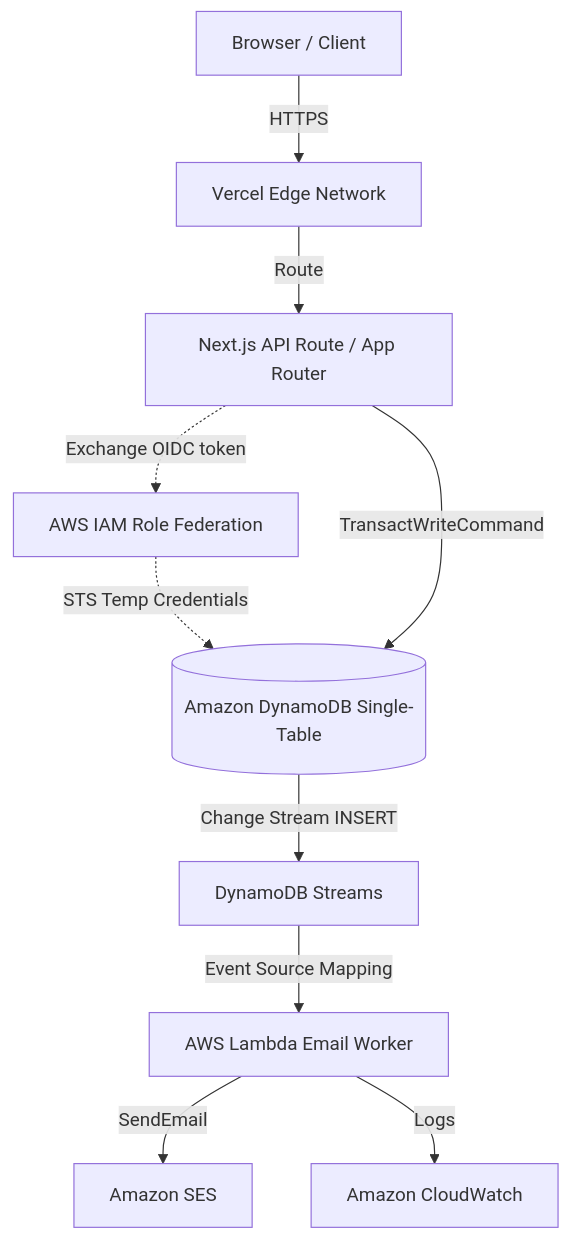
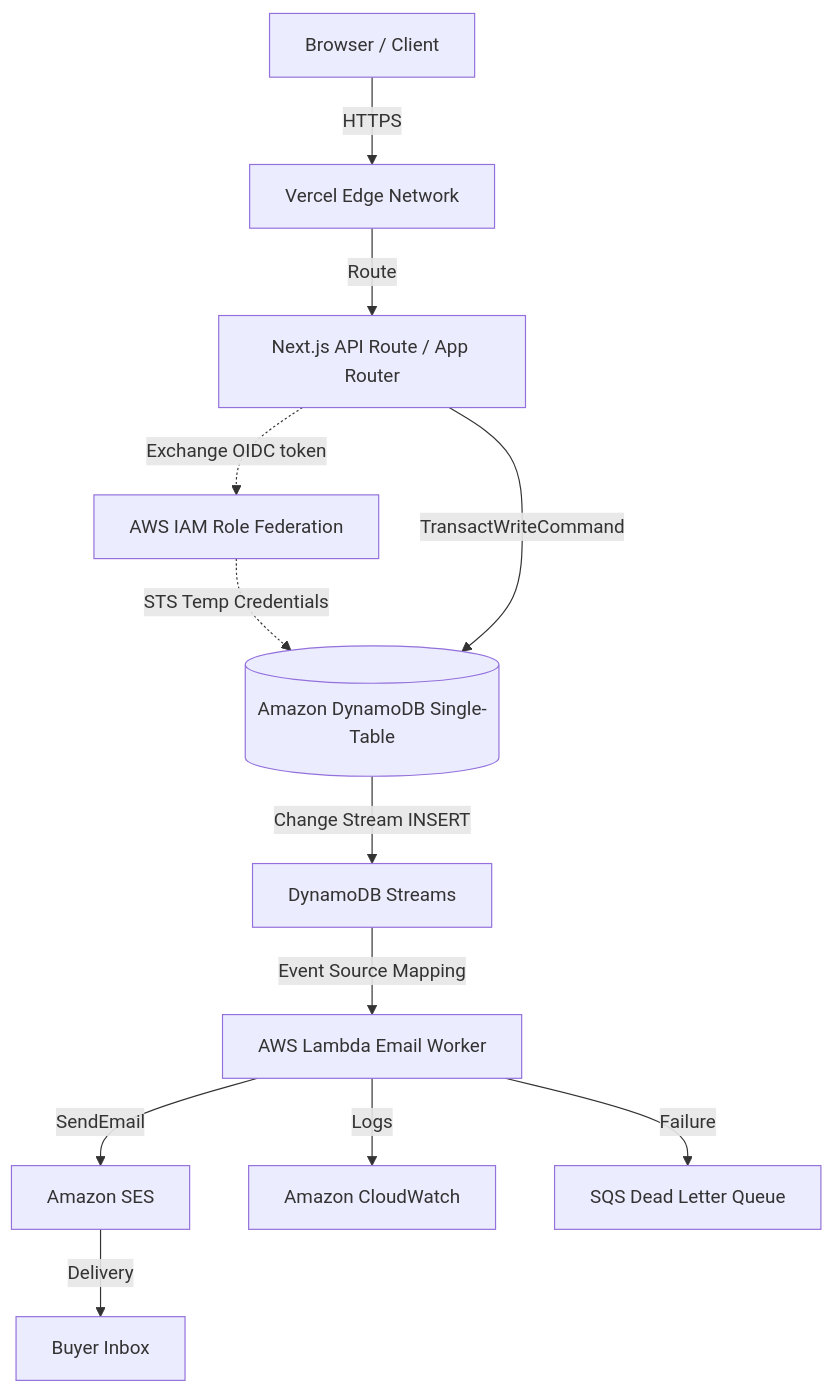
The diagram in README.md (ShyamAlancode/PulseCart), drawn with Mermaid before and after one commit. The commit also changed other lines of this file and 10 other files, not shown here.

````diff
--- a/README.md
+++ b/README.md
@@ -19,12 +19,14 @@
 ```mermaid
 graph TD
     Browser[Browser / Client] -- HTTPS --> Vercel[Vercel Edge Network]
     Vercel -- Route --> Next[Next.js API Route / App Router]
     Next -. Exchange OIDC token .-> IAM[AWS IAM Role Federation]
     IAM -. STS Temp Credentials .-> DynamoDB[(Amazon DynamoDB Single-Table)]
     Next -- TransactWriteCommand --> DynamoDB
     DynamoDB -- Change Stream INSERT --> Streams[DynamoDB Streams]
     Streams -- Event Source Mapping --> Lambda[AWS Lambda Email Worker]
     Lambda -- SendEmail --> SES[Amazon SES]
     Lambda -- Logs --> CloudWatch[Amazon CloudWatch]
+    Lambda -- Failure --> DLQ[SQS Dead Letter Queue]
+    SES -- Delivery --> Inbox[Buyer Inbox]
 ```
````
